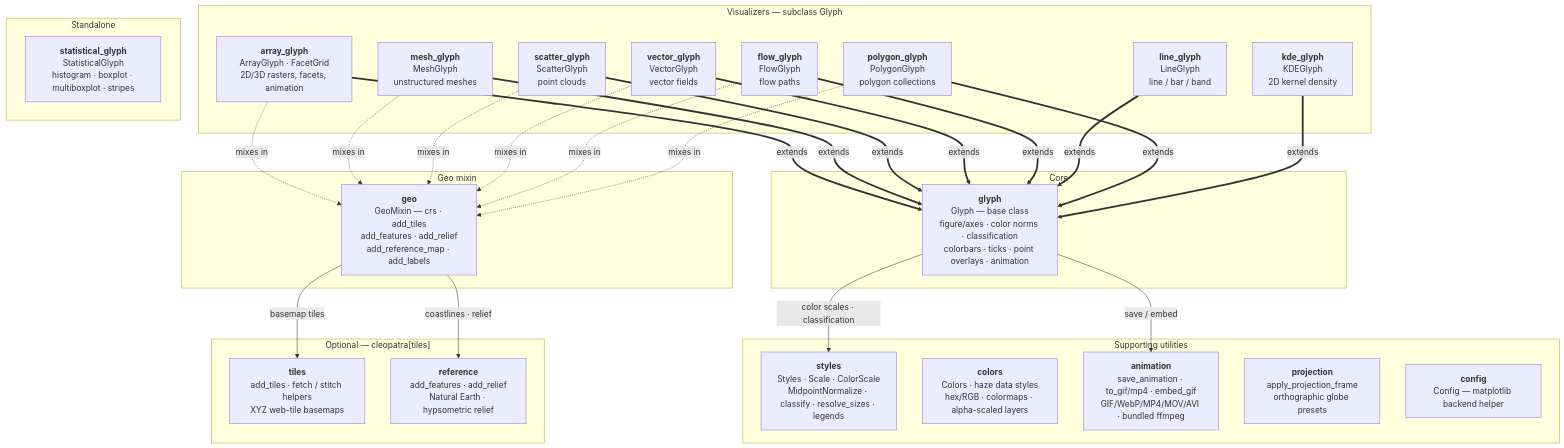
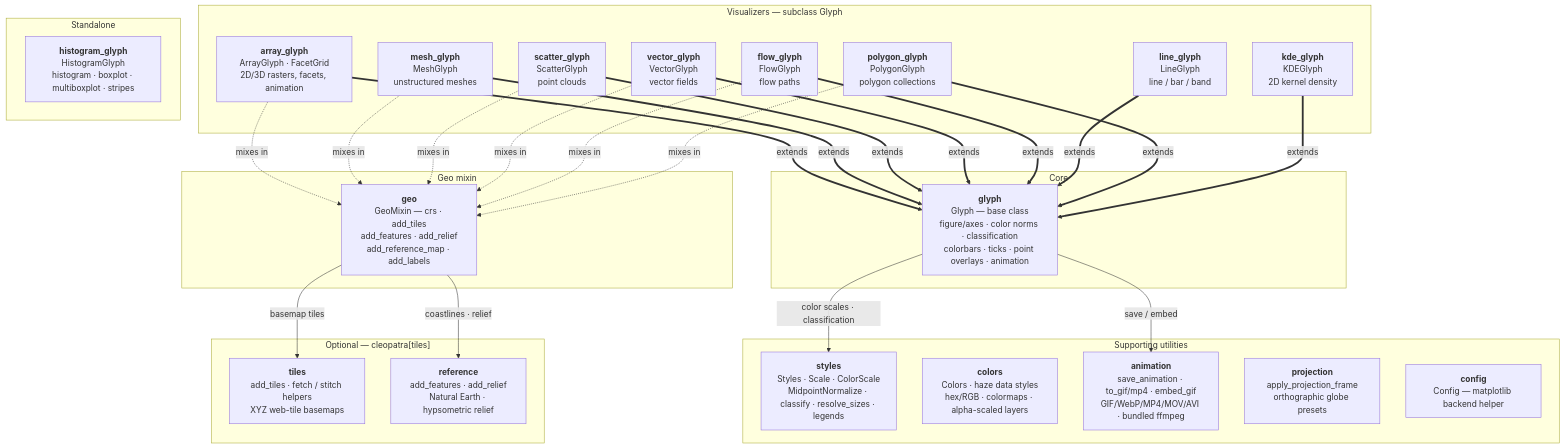
Before and after one commit to serapeum-org/cleopatra: the diagram in README.md, drawn with Mermaid. The commit also changed other lines of this file and 169 other files, not shown here.

````diff
--- a/README.md
+++ b/README.md
@@ -22,45 +22,45 @@
 ```mermaid
 graph TD
     subgraph core["Core"]
         glyph["<b>glyph</b><br/>Glyph — base class<br/>figure/axes · color norms · classification<br/>colorbars · ticks · point overlays · animation"]
     end
 
     subgraph geomixin["Geo mixin"]
         geo["<b>geo</b><br/>GeoMixin — crs · add_tiles<br/>add_features · add_relief<br/>add_reference_map · add_labels"]
     end
 
     subgraph visualizers["Visualizers — subclass Glyph"]
         array_glyph["<b>array_glyph</b><br/>ArrayGlyph · FacetGrid<br/>2D/3D rasters, facets, animation"]
         mesh_glyph["<b>mesh_glyph</b><br/>MeshGlyph<br/>unstructured meshes"]
         scatter_glyph["<b>scatter_glyph</b><br/>ScatterGlyph<br/>point clouds"]
         vector_glyph["<b>vector_glyph</b><br/>VectorGlyph<br/>vector fields"]
         flow_glyph["<b>flow_glyph</b><br/>FlowGlyph<br/>flow paths"]
         line_glyph["<b>line_glyph</b><br/>LineGlyph<br/>line / bar / band"]
         polygon_glyph["<b>polygon_glyph</b><br/>PolygonGlyph<br/>polygon collections"]
         kde_glyph["<b>kde_glyph</b><br/>KDEGlyph<br/>2D kernel density"]
     end
 
     subgraph standalone["Standalone"]
-        statistical_glyph["<b>statistical_glyph</b><br/>StatisticalGlyph<br/>histogram · boxplot · multiboxplot · stripes"]
+        histogram_glyph["<b>histogram_glyph</b><br/>HistogramGlyph<br/>histogram · boxplot · multiboxplot · stripes"]
     end
 
     subgraph support["Supporting utilities"]
         styles["<b>styles</b><br/>Styles · Scale · ColorScale<br/>MidpointNormalize · classify · resolve_sizes · legends"]
         colors["<b>colors</b><br/>Colors · haze data styles<br/>hex/RGB · colormaps · alpha-scaled layers"]
         animation["<b>animation</b><br/>save_animation · to_gif/mp4 · embed_gif<br/>GIF/WebP/MP4/MOV/AVI · bundled ffmpeg"]
         projection["<b>projection</b><br/>apply_projection_frame<br/>orthographic globe presets"]
         config["<b>config</b><br/>Config — matplotlib backend helper"]
     end
 
     subgraph optional["Optional — cleopatra[tiles]"]
         tiles["<b>tiles</b><br/>add_tiles · fetch / stitch helpers<br/>XYZ web-tile basemaps"]
         reference["<b>reference</b><br/>add_features · add_relief<br/>Natural Earth · hypsometric relief"]
     end
 
     array_glyph & mesh_glyph & scatter_glyph & vector_glyph & flow_glyph & line_glyph & polygon_glyph & kde_glyph ==>|extends| glyph
     array_glyph & mesh_glyph & scatter_glyph & vector_glyph & flow_glyph & polygon_glyph -.->|mixes in| geo
     geo -->|basemap tiles| tiles
     geo -->|coastlines · relief| reference
     glyph -->|color scales · classification| styles
     glyph -->|save / embed| animation
 ```
````
